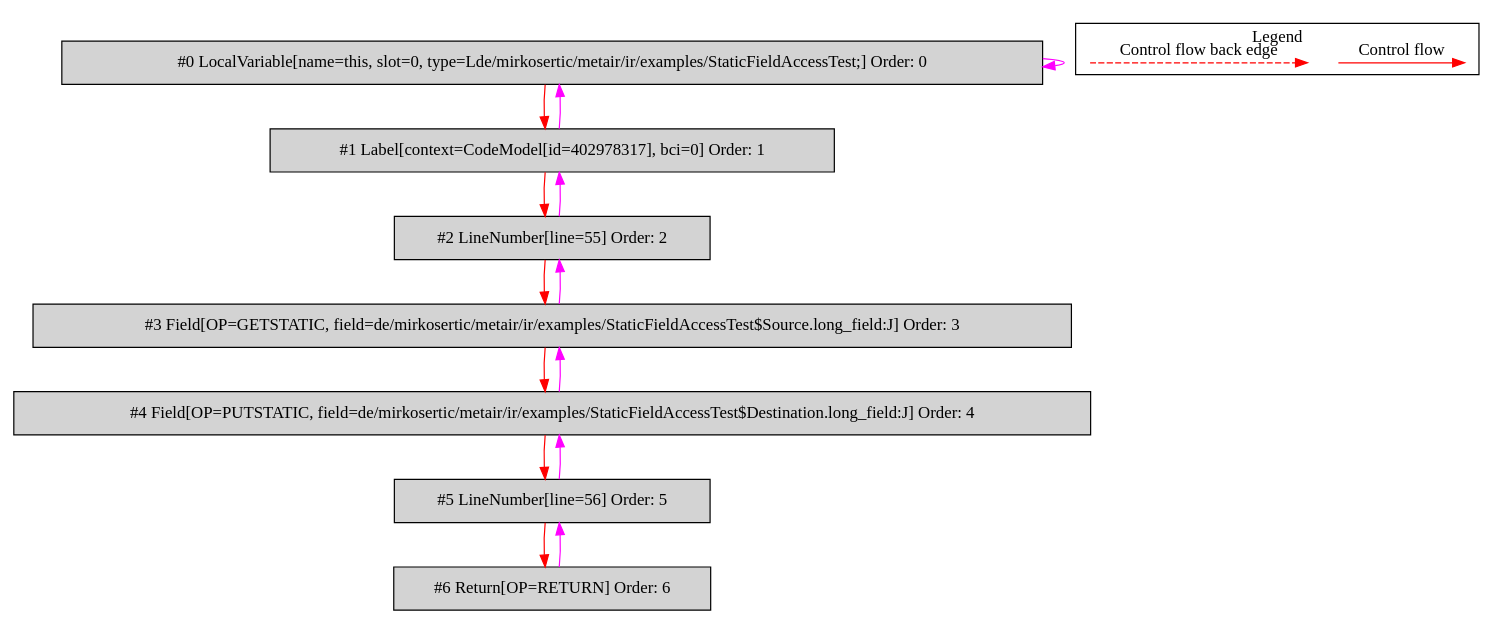
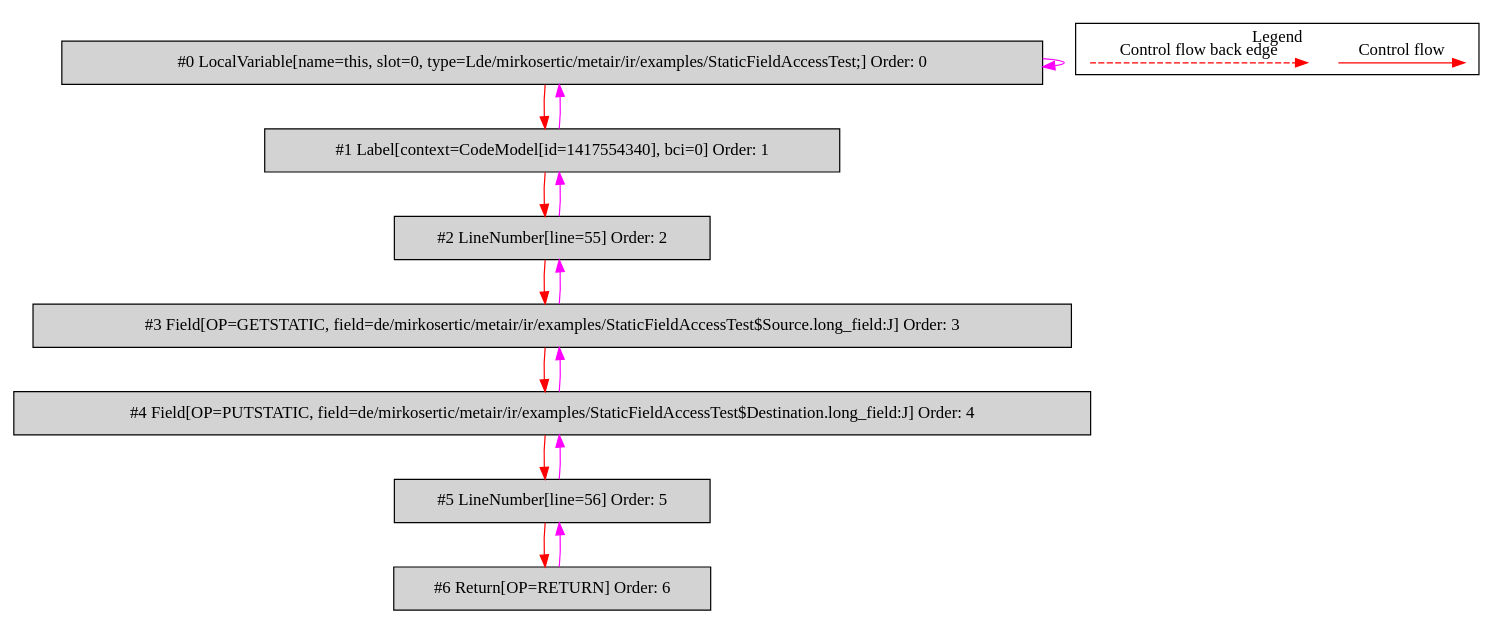
One commit to mirkosertic/MetaIR changed the diagram in de.mirkosertic.metair.ir.examples.StaticFieldAccessTest/copy_long/bytecodecfg.dot. Above: the diagram before and after it, drawn with Graphviz. The commit also changed 1045 other files, not shown here.

```diff
--- a/de.mirkosertic.metair.ir.examples.StaticFieldAccessTest/copy_long/bytecodecfg.dot
+++ b/de.mirkosertic.metair.ir.examples.StaticFieldAccessTest/copy_long/bytecodecfg.dot
@@ -1,37 +1,37 @@
 digraph {
  ordering="in";
  node0[label="#0 LocalVariable[name=this, slot=0, type=Lde/mirkosertic/metair/ir/examples/StaticFieldAccessTest;] Order: 0", shape=box, fillcolor=lightgrey, style=filled];
- node1[label="#1 Label[context=CodeModel[id=402978317], bci=0] Order: 1", shape=box, fillcolor=lightgrey, style=filled];
+ node1[label="#1 Label[context=CodeModel[id=1417554340], bci=0] Order: 1", shape=box, fillcolor=lightgrey, style=filled];
  node2[label="#2 LineNumber[line=55] Order: 2", shape=box, fillcolor=lightgrey, style=filled];
  node3[label="#3 Field[OP=GETSTATIC, field=de/mirkosertic/metair/ir/examples/StaticFieldAccessTest$Source.long_field:J] Order: 3", shape=box, fillcolor=lightgrey, style=filled];
  node4[label="#4 Field[OP=PUTSTATIC, field=de/mirkosertic/metair/ir/examples/StaticFieldAccessTest$Destination.long_field:J] Order: 4", shape=box, fillcolor=lightgrey, style=filled];
  node5[label="#5 LineNumber[line=56] Order: 5", shape=box, fillcolor=lightgrey, style=filled];
  node6[label="#6 Return[OP=RETURN] Order: 6", shape=box, fillcolor=lightgrey, style=filled];
  node0 -> node0[color=fuchsia];
  node0 -> node1[color=red];
  node1 -> node0[color=fuchsia];
  node1 -> node2[color=red];
  node2 -> node1[color=fuchsia];
  node2 -> node3[color=red];
  node3 -> node2[color=fuchsia];
  node3 -> node4[color=red];
  node4 -> node3[color=fuchsia];
  node4 -> node5[color=red];
  node5 -> node4[color=fuchsia];
  node5 -> node6[color=red];
  node6 -> node5[color=fuchsia];
  subgraph cluster_000 {
   label = "Legend";
   node [shape=point]
   {
    rank=same;
    c0 [style = invis];
    c1 [style = invis];
    c2 [style = invis];
    c3 [style = invis];
   }
   c0 -> c1 [label="Control flow", style=solid, color=red]
   c2 -> c3 [label="Control flow back edge", style=dashed, color=red]
  }
 
 }
```
